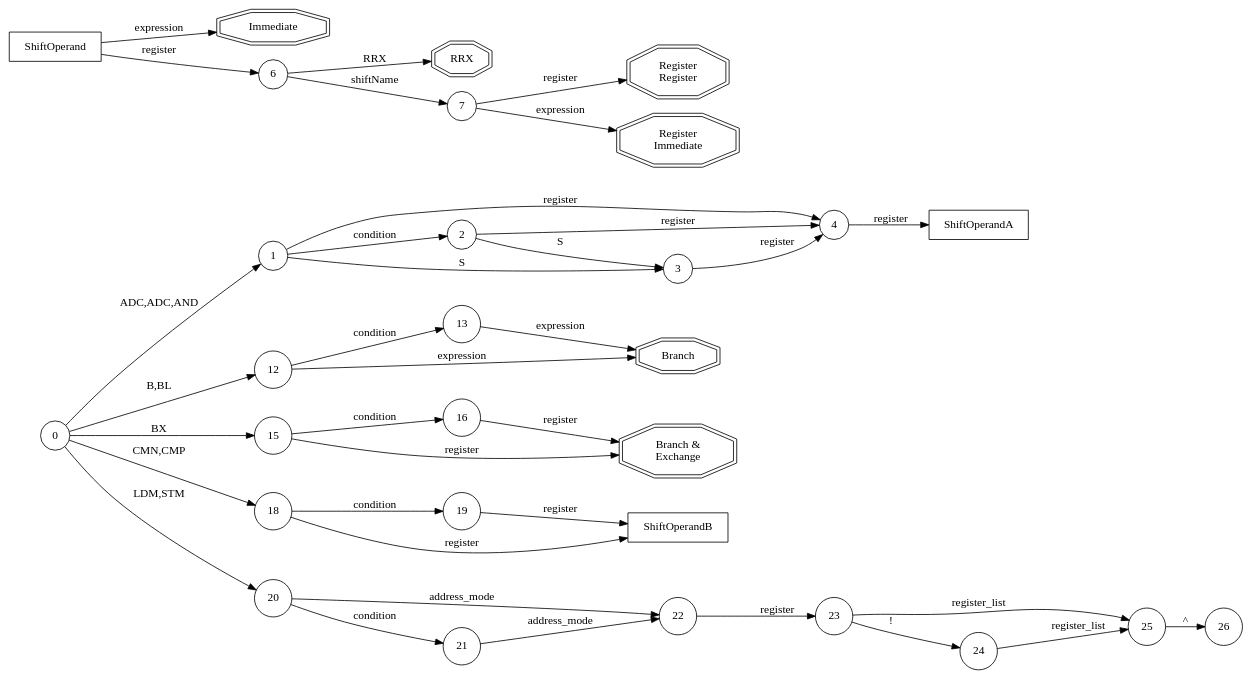
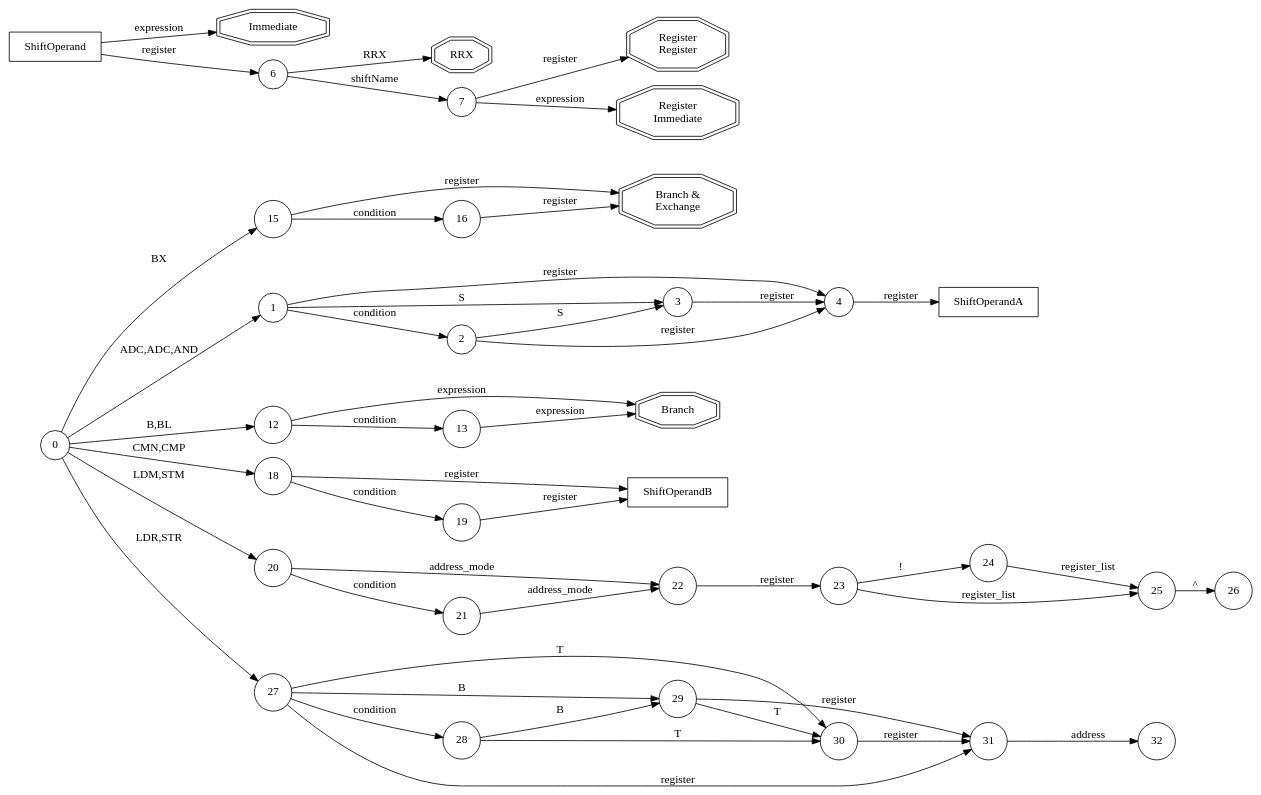
Before and after one commit to dospro/biogba: the diagram in docs/asm_parser/opcode.dot, drawn with Graphviz. The commit also changed 7 other files, not shown here.

```diff
--- a/docs/asm_parser/opcode.dot
+++ b/docs/asm_parser/opcode.dot
@@ -1,59 +1,72 @@
 digraph g {
   rankdir=LR;
   node [shape = doubleoctagon]; 17 10 11 8 9 14 ;
   node [shape = box] ShiftOperandA ShiftOperandB ShiftOperand
 	node [shape = circle];
   
   17 [label="Branch & \nExchange"]
   14 [label=Branch]
   11 [label=Immediate]
   10 [label=RRX]
   8 [label="Register\nRegister"]
   9 [label="Register\nImmediate"]
 
   0 -> 1 [label="ADC,ADC,AND"]
   1 -> 2 [label=condition]
   2 -> 3 [label=S]
   1 -> 3 [label=S]
   1 -> 4 [label=register]
   2 -> 4 [label=register]
   3 -> 4 [label=register]
   4 -> ShiftOperandA [label=register]
 
   // Shift Operand
   ShiftOperand -> 6 [label=register]
   ShiftOperand -> 11 [label=expression]
   6 -> 7 [label=shiftName]
   6 -> 10 [label=RRX]
   7 -> 8 [label=register]
   7 -> 9 [label=expression]
 
   // Para Branch
   0 -> 12 [label="B,BL"]
   12 -> 13 [label=condition]
   12 -> 14 [label=expression]
   13 -> 14 [label=expression]
 
   0 -> 15 [label="BX"]
   15 -> 16 [label=condition]
   15 -> 17 [label=register]
   16 -> 17 [label=register]
 
   0 -> 18 [label="CMN,CMP"]
   18 -> 19 [label=condition]
   18 -> ShiftOperandB [label=register]
   19 -> ShiftOperandB [label=register]
 
   0 -> 20 [label="LDM,STM"]
   20 -> 21 [label="condition"]
   21 -> 22 [label="address_mode"]
   20 -> 22 [label="address_mode"]
   22 -> 23 [label="register"]
   23 -> 24 [label="!"]
   23 -> 25 [label="register_list"]
   24 -> 25 [label="register_list"]
   25 -> 26 [label="^"]
 
+  0 -> 27 [label="LDR,STR"]
+  27 -> 28 [label="condition"]
+  28 -> 29 [label="B"]
+  29 -> 30 [label="T"]
+  30 -> 31 [label="register"]
+  31 -> 32 [label="address"]
+
+  29 -> 31 [label="register"]
+  28 -> 30 [label="T"]
+  27 -> 30 [label="T"]
+  27 -> 31 [label="register"]
+  27 -> 29 [label="B"]
+
 
 
 }
```
